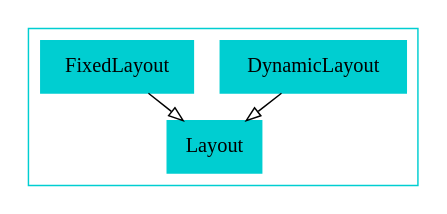
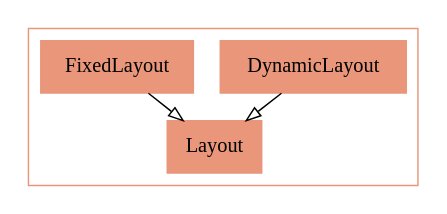
The diagram in Tools/DiagramGenerator/ExampleOutputs/dot_subsystems/subsystemD.dot (UWB-Biocomputing/BrainGrid), drawn with Graphviz before and after one commit. The commit also changed 9 other files, not shown here.

```diff
--- a/Tools/DiagramGenerator/ExampleOutputs/dot_subsystems/subsystemD.dot
+++ b/Tools/DiagramGenerator/ExampleOutputs/dot_subsystems/subsystemD.dot
@@ -1,31 +1,31 @@
 digraph{
 
 	subgraph clusterD {
-		node [shape = record];
+		color = darksalmon
+		node [shape = record, color = darksalmon];
 
-		color = darkturquoise
-		DynamicLayout[label = DynamicLayout, style = filled, color = darkturquoise];
-		FixedLayout[label = FixedLayout, style = filled, color = darkturquoise];
-		Layout[label = Layout, style = filled, color = darkturquoise];
+		DynamicLayout[label = DynamicLayout, style = filled];
+		FixedLayout[label = FixedLayout, style = filled];
+		Layout[label = Layout, style = filled];
 
 
 		//------LAYOUT FOR SUBGRAPH------
 
 
 		rankdir = BT; // Rank Direction Bottom to Top
 		nodesep = 0.98; // Node Separation
 		ranksep = 0.98; // Rank Separation
 
 
 		//INHERITANCE//
 
 
 		DynamicLayout -> Layout [arrowhead=empty];
 
 		FixedLayout -> Layout [arrowhead=empty];
 
 
 		//COMPOSITION//
 
 	}//end subgraph D
 }//end digraph
```
